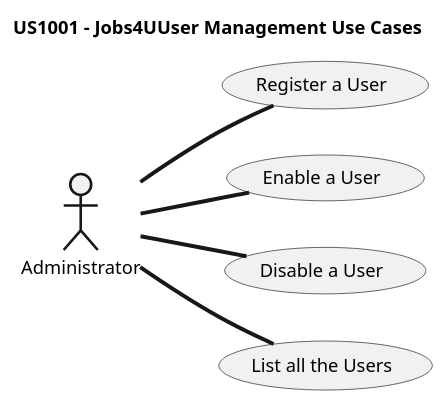
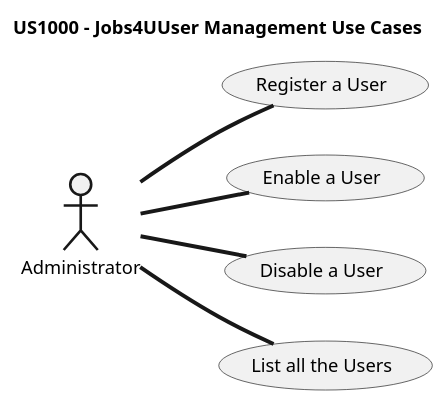
One commit to marcoferreira37/Lapr4 changed the diagram in docs/sprintB/1000/UCD/US1000_UCD.puml. Above: the diagram before and after it, drawn with PlantUML. The commit also changed 22 other files, not shown here.

```diff
--- a/docs/sprintB/1000/UCD/US1000_UCD.puml
+++ b/docs/sprintB/1000/UCD/US1000_UCD.puml
@@ -1,23 +1,23 @@
 @startuml
 
 left to right direction
-title US1001 - Jobs4UUser Management Use Cases
+title US1000 - Jobs4UUser Management Use Cases
 skinparam titleBorderRoundCorner 20
 skinparam titleBorderThickness 2
 skinparam arrowThickness 3
 
 '**********Manager Use cases*************
 :Administrator: as ADM
 
 Usecase MU01 as "Register a User"
 Usecase MU02 as "Enable a User"
 Usecase MU03 as "Disable a User"
 Usecase MU04 as "List all the Users"
 
 ADM -d- MU01
 ADM -d- MU02
 ADM -d- MU03
 ADM -d- MU04
 
 
 @enduml
```
